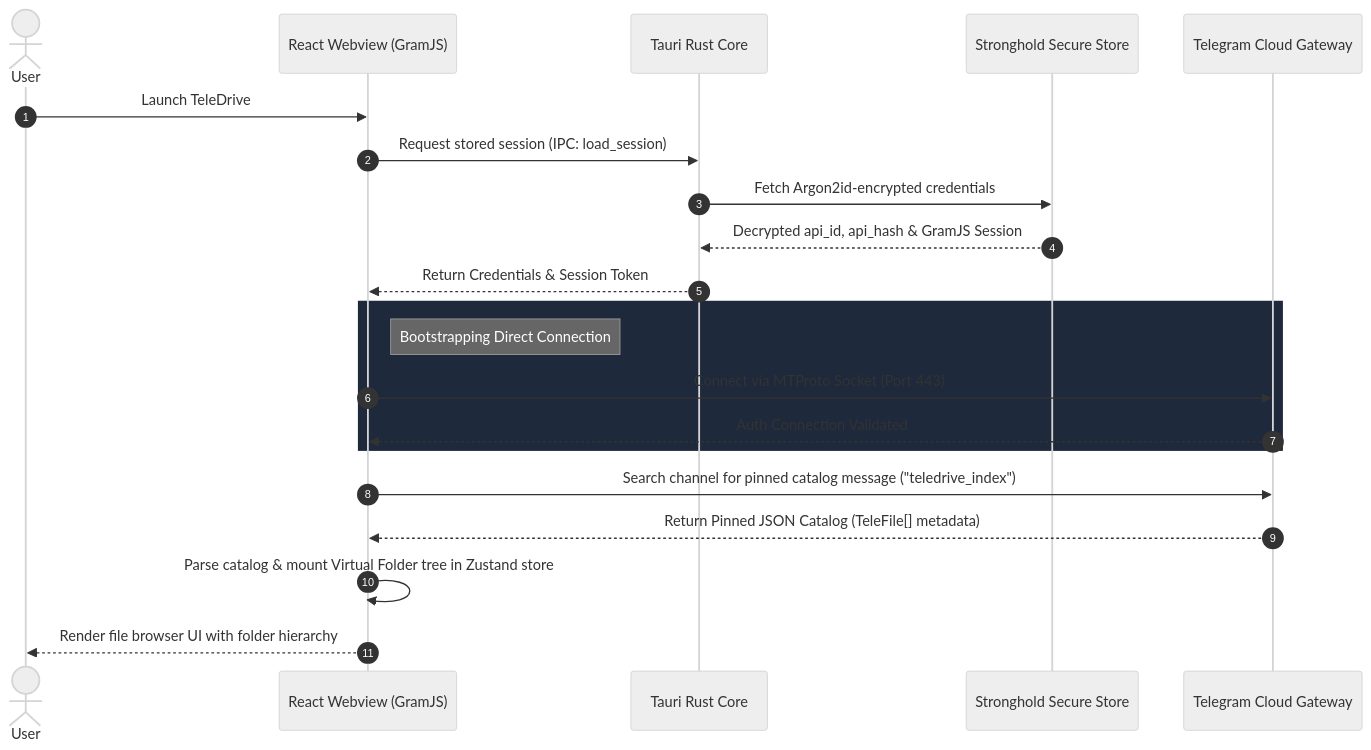
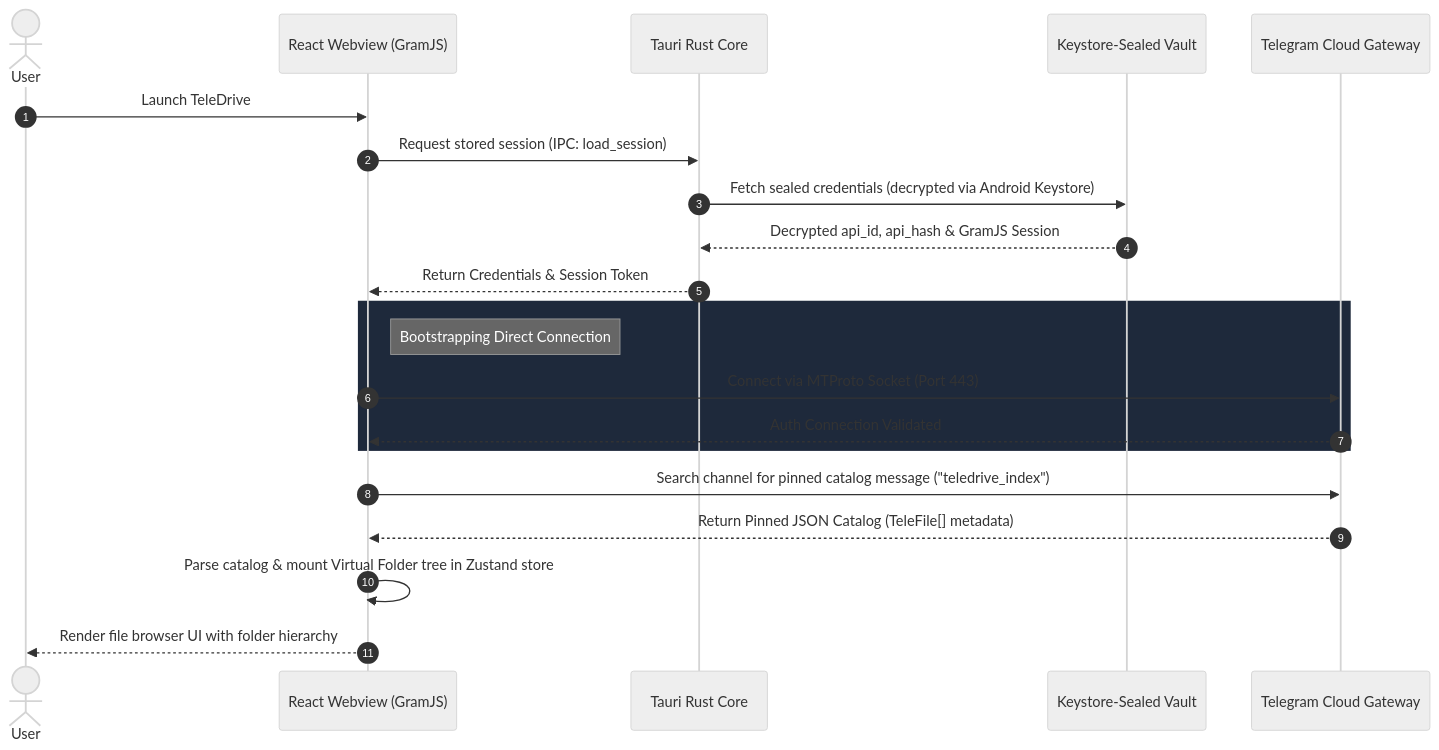
The diagram in README.md (EdiBianco/TeleDrive-Android), drawn with Mermaid (neutral theme) before and after one commit. The commit also changed other lines of this file and 23 other files, not shown here.

First line of the commit message:
Seal vault and session values with an Android Keystore key

````diff
--- a/README.md
+++ b/README.md
@@ -72,26 +72,26 @@
 ```mermaid
 sequenceDiagram
     autonumber
     actor User
     participant Frontend as React Webview (GramJS)
     participant Core as Tauri Rust Core
-    participant Vault as Stronghold Secure Store
+    participant Vault as Keystore-Sealed Vault
     participant TG as Telegram Cloud Gateway
 
     User->>Frontend: Launch TeleDrive
     Frontend->>Core: Request stored session (IPC: load_session)
-    Core->>Vault: Fetch Argon2id-encrypted credentials
+    Core->>Vault: Fetch sealed credentials (decrypted via Android Keystore)
     Vault-->>Core: Decrypted api_id, api_hash & GramJS Session
     Core-->>Frontend: Return Credentials & Session Token
     
     rect rgb(30, 41, 59)
         note right of Frontend: Bootstrapping Direct Connection
         Frontend->>TG: Connect via MTProto Socket (Port 443)
         TG-->>Frontend: Auth Connection Validated
     end
 
     Frontend->>TG: Search channel for pinned catalog message ("teledrive_index")
     TG-->>Frontend: Return Pinned JSON Catalog (TeleFile[] metadata)
     Frontend->>Frontend: Parse catalog & mount Virtual Folder tree in Zustand store
     Frontend-->>User: Render file browser UI with folder hierarchy
 ```
````
